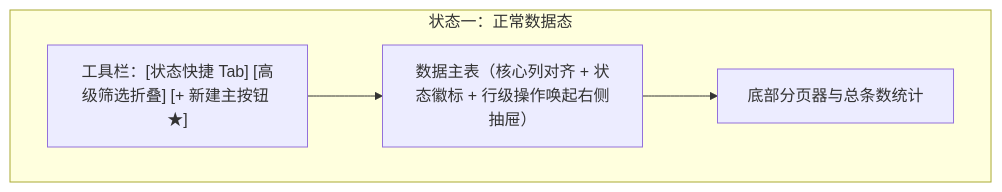
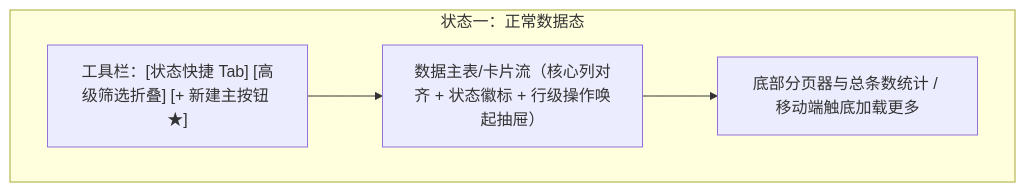
The second of 5 diagrams in resources/templates/product_design/prototype_template.md (zhaoxuan-inside/hs-dev-skill), drawn with Mermaid before and after one commit. The commit also changed other lines of this file and 6 other files, not shown here.

````diff
--- a/resources/templates/product_design/prototype_template.md
+++ b/resources/templates/product_design/prototype_template.md
@@ -136,9 +168,9 @@
 ```mermaid
 flowchart TB
   subgraph Populated["状态一：正常数据态"]
     ActionBar["工具栏：[状态快捷 Tab] [高级筛选折叠] [+ 新建主按钮 ★]"]
-    DataTable["数据主表（核心列对齐 + 状态徽标 + 行级操作唤起右侧抽屉）"]
-    Pagination["底部分页器与总条数统计"]
+    DataTable["数据主表/卡片流（核心列对齐 + 状态徽标 + 行级操作唤起抽屉）"]
+    Pagination["底部分页器与总条数统计 / 移动端触底加载更多"]
     ActionBar --> DataTable --> Pagination
   end
 ```
````
